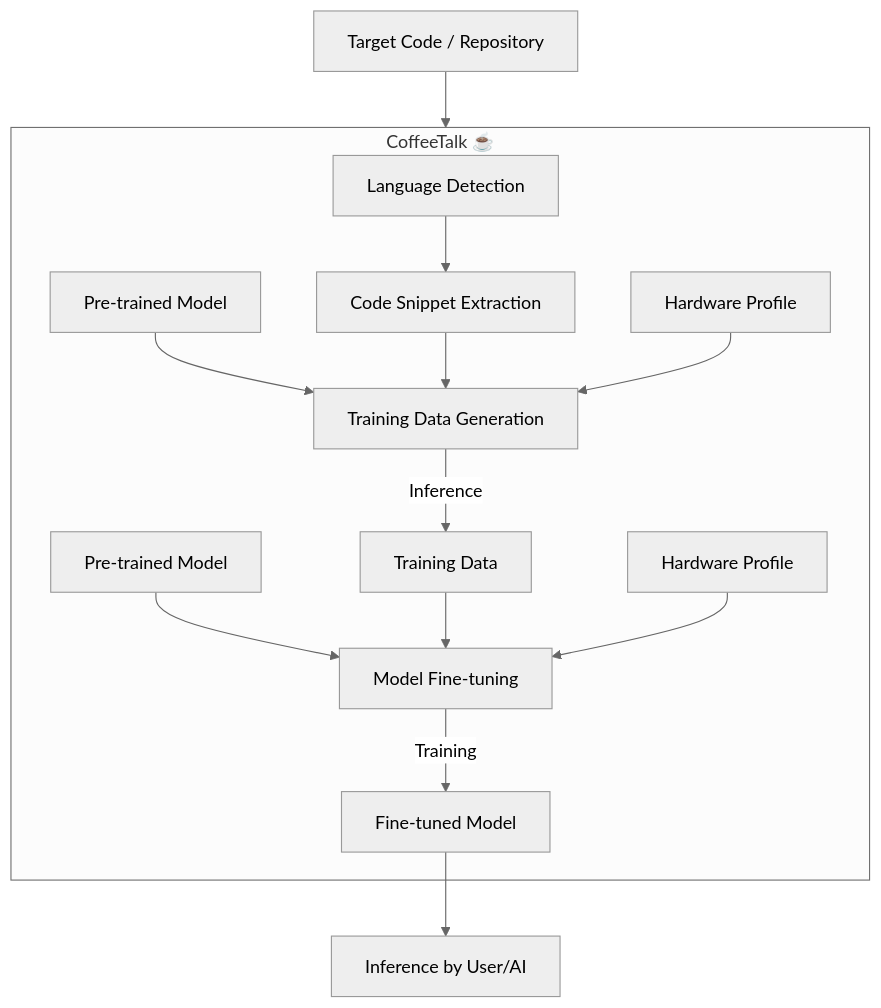
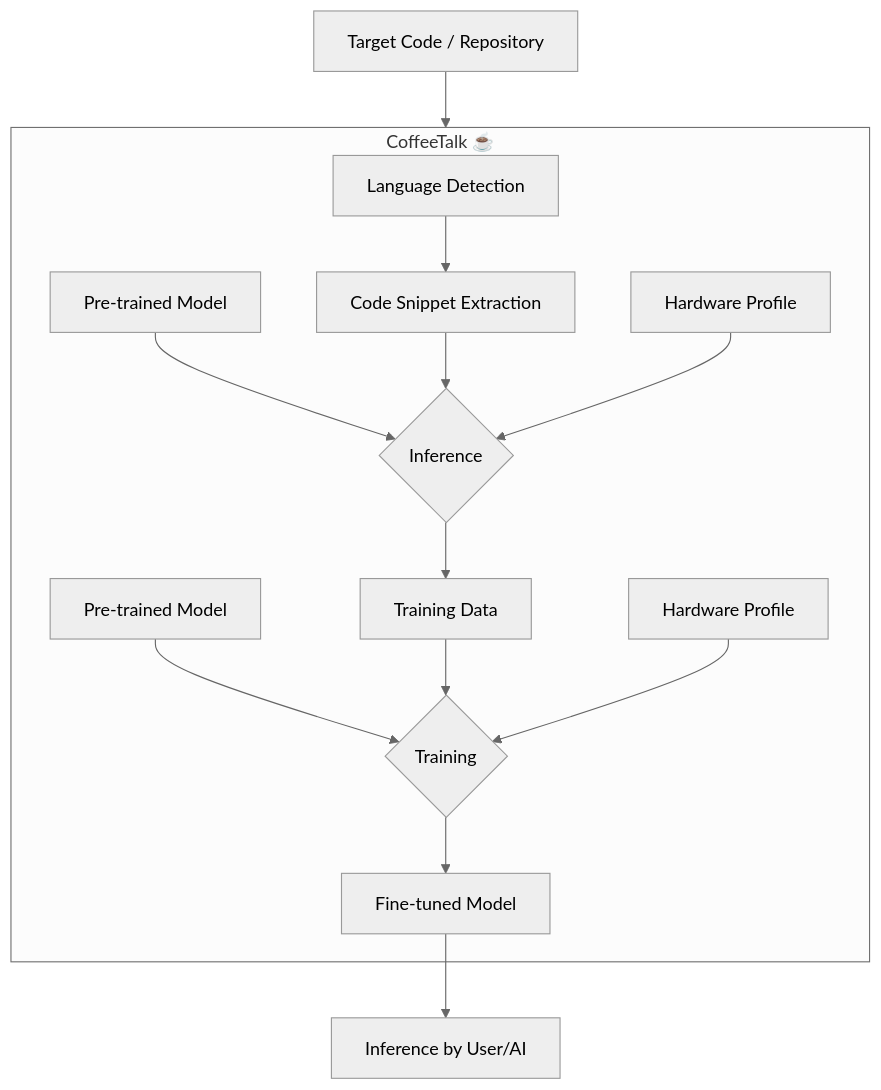
Before and after one commit to rob-mosher/coffeetalk-app: the diagram in README.md, drawn with Mermaid (neutral theme).

Commit message:
Simplify Process Diagram in README

````diff
--- a/README.md
+++ b/README.md
@@ -39,23 +39,22 @@
 ```mermaid
 graph TD
     Start[Target Code / Repository] --> CoffeeTalk
 
     subgraph CoffeeTalk["CoffeeTalk ☕"]
         LD[Language Detection] --> CSE
 
-        PTM_1[Pre-trained Model] --> TDG
-        CSE[Code Snippet Extraction] --> TDG
-        HP_1[Hardware Profile] --> TDG
+        PTM_1[Pre-trained Model] --> Inference
+        CSE[Code Snippet Extraction] --> Inference
+        HP_1[Hardware Profile] --> Inference
 
-        TDG[Training Data Generation] -->|Inference| TD
+        Inference{Inference} --> TD
 
-        PTM_2[Pre-trained Model] --> MFT
-        TD[Training Data] --> MFT
-        HP_2[Hardware Profile] --> MFT
+        PTM_2[Pre-trained Model] --> Training
+        TD[Training Data] --> Training
+        HP_2[Hardware Profile] --> Training
 
-        MFT[Model Fine-tuning] -->|Training| FTM
+        Training{Training} --> FTM
     end
 
     FTM[Fine-tuned Model] --> End[Inference by User/AI]
-
 ```
````
